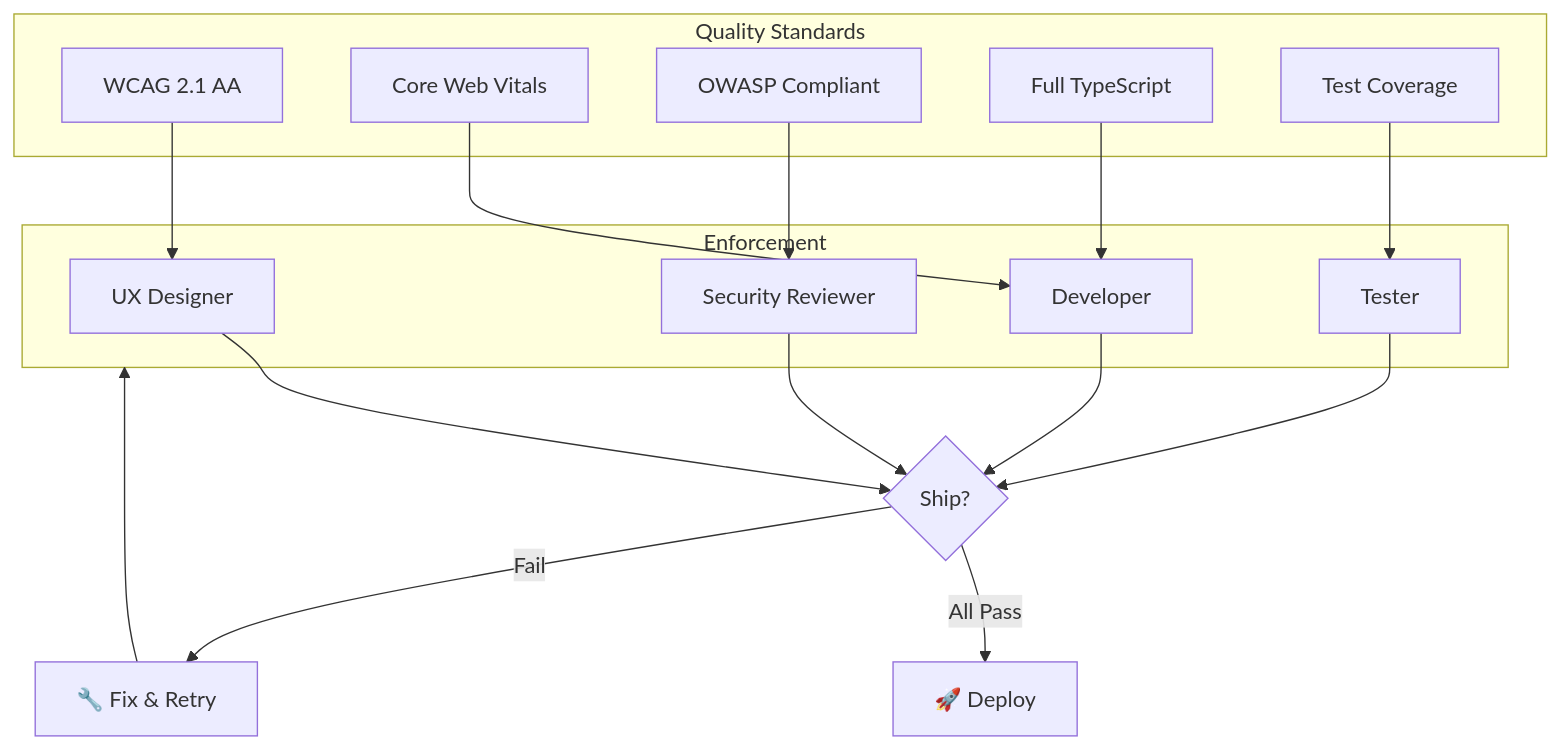
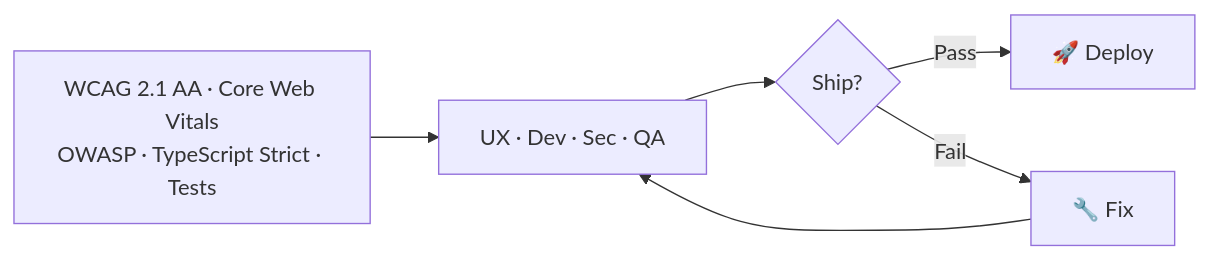
One commit to shyamsridhar123/ATV-AgentSkillsDemo changed the seventh of 7 diagrams in README.md. Above: the diagram before and after it, drawn with Mermaid. The commit also changed other lines of this file and 2 other files, not shown here.

First line of the commit message:
beth-dre: Simplify mermaid diagrams and remove A2A branding

````diff
--- a/README.md
+++ b/README.md
@@ -579,32 +486,8 @@
 ```mermaid
-flowchart TB
-    subgraph Standards["Quality Standards"]
-        A11y["WCAG 2.1 AA"]
-        Perf["Core Web Vitals"]
-        Sec["OWASP Compliant"]
-        Type["Full TypeScript"]
-        Coverage["Test Coverage"]
-    end
-
-    subgraph Gates["Enforcement"]
-        Designer["UX Designer"]
-        Developer["Developer"]
-        Security["Security Reviewer"]
-        Tester["Tester"]
-    end
-
-    A11y --> Designer
-    Perf --> Developer
-    Sec --> Security
-    Type --> Developer
-    Coverage --> Tester
-
-    Designer --> Ship{Ship?}
-    Developer --> Ship
-    Security --> Ship
-    Tester --> Ship
-
-    Ship -->|All Pass| Deploy["🚀 Deploy"]
-    Ship -->|Fail| Fix["🔧 Fix & Retry"]
+flowchart LR
+    Standards["WCAG 2.1 AA · Core Web Vitals<br/>OWASP · TypeScript Strict · Tests"] --> Gates["UX · Dev · Sec · QA"]
+    Gates --> Ship{"Ship?"}
+    Ship -->|Pass| Deploy["🚀 Deploy"]
+    Ship -->|Fail| Fix["🔧 Fix"]
     Fix --> Gates
 ```
````
